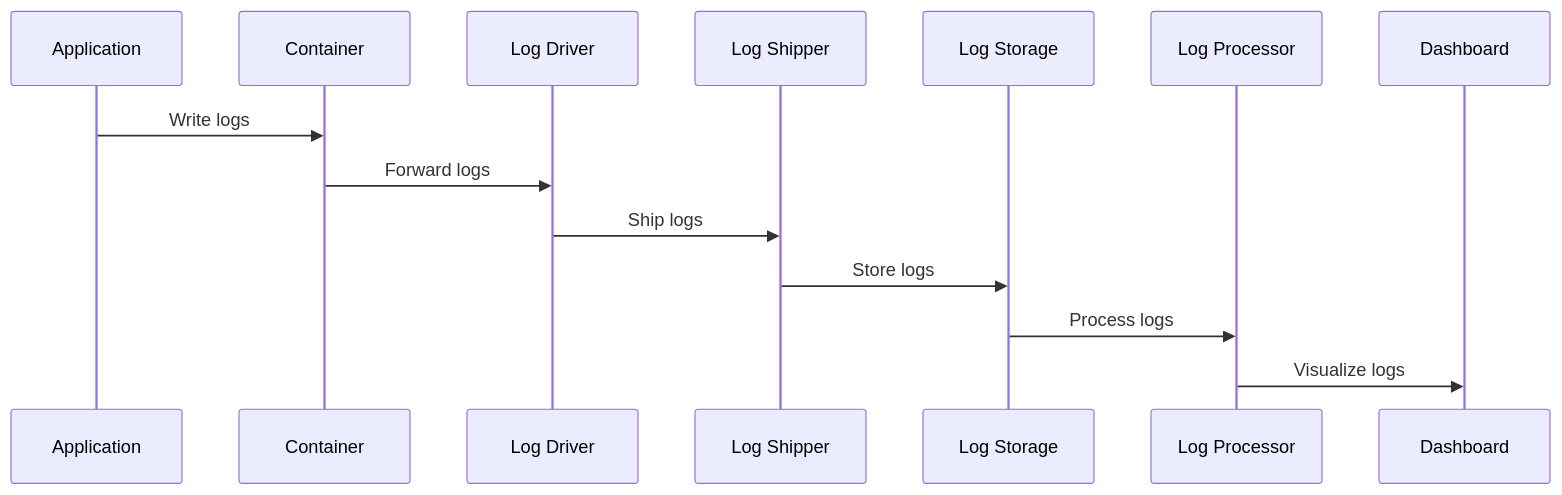
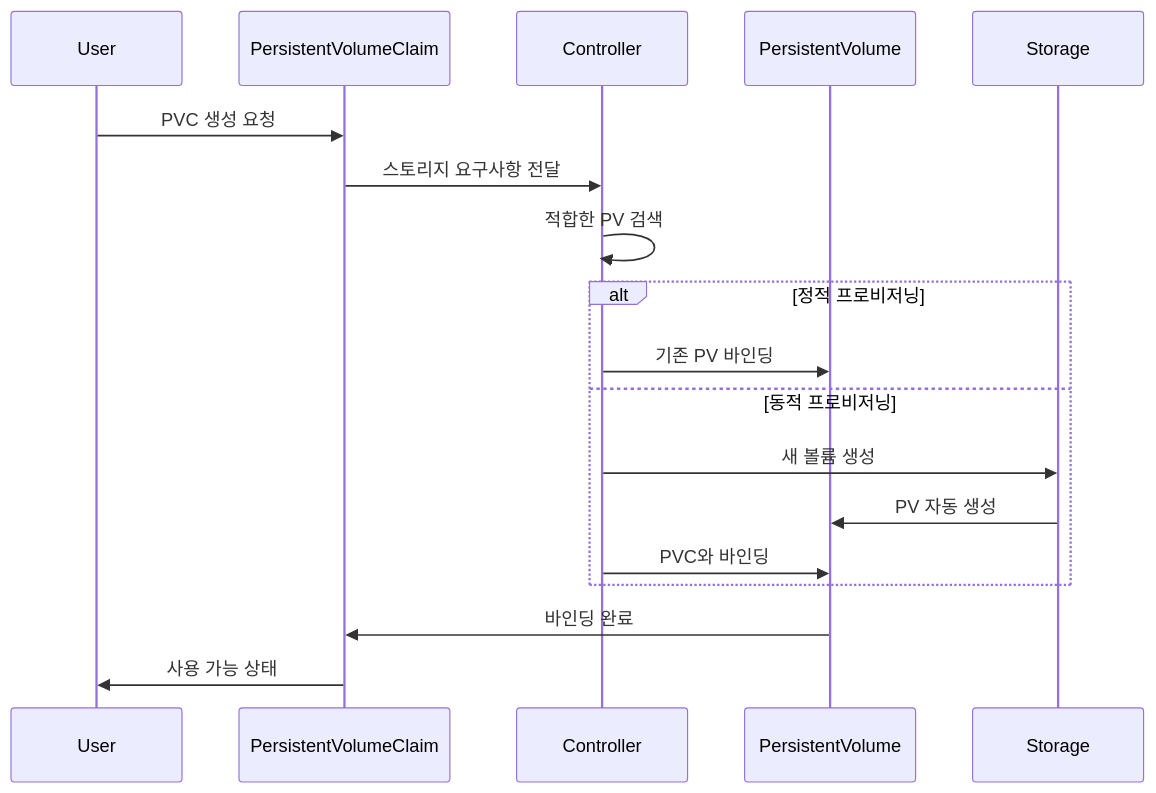
One commit to niceguy61/kdt_devops_lecture_2025 changed the third of 4 diagrams in week_02/day_02/session_05.md. Above: the diagram before and after it, drawn with Mermaid. The commit also changed other lines of this file and 38 other files, not shown here.

````diff
--- a/week_02/day_02/session_05.md
+++ b/week_02/day_02/session_05.md
@@ -134,17 +158,23 @@
 ```mermaid
 sequenceDiagram
-    participant App as Application
-    participant Container as Container
-    participant Driver as Log Driver
-    participant Shipper as Log Shipper
-    participant Storage as Log Storage
-    participant Processor as Log Processor
-    participant Dashboard as Dashboard
+    participant U as User
+    participant PVC as PersistentVolumeClaim
+    participant C as Controller
+    participant PV as PersistentVolume
+    participant S as Storage
     
-    App->>Container: Write logs
-    Container->>Driver: Forward logs
-    Driver->>Shipper: Ship logs
-    Shipper->>Storage: Store logs
-    Storage->>Processor: Process logs
-    Processor->>Dashboard: Visualize logs
+    U->>PVC: PVC 생성 요청
+    PVC->>C: 스토리지 요구사항 전달
+    C->>C: 적합한 PV 검색
+    
+    alt 정적 프로비저닝
+        C->>PV: 기존 PV 바인딩
+    else 동적 프로비저닝
+        C->>S: 새 볼륨 생성
+        S->>PV: PV 자동 생성
+        C->>PV: PVC와 바인딩
+    end
+    
+    PV->>PVC: 바인딩 완료
+    PVC->>U: 사용 가능 상태
 ```
````
